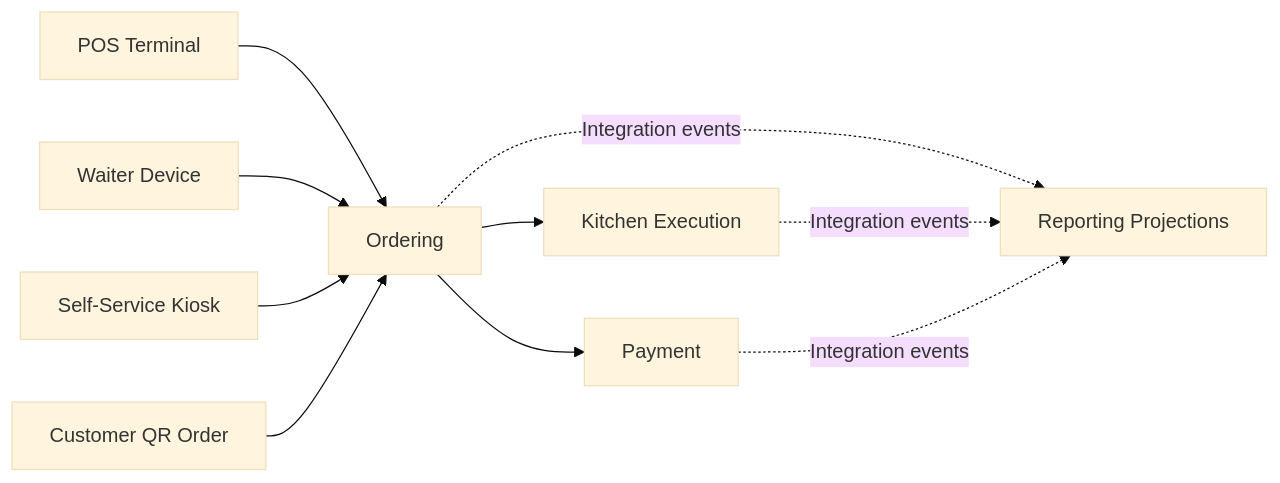
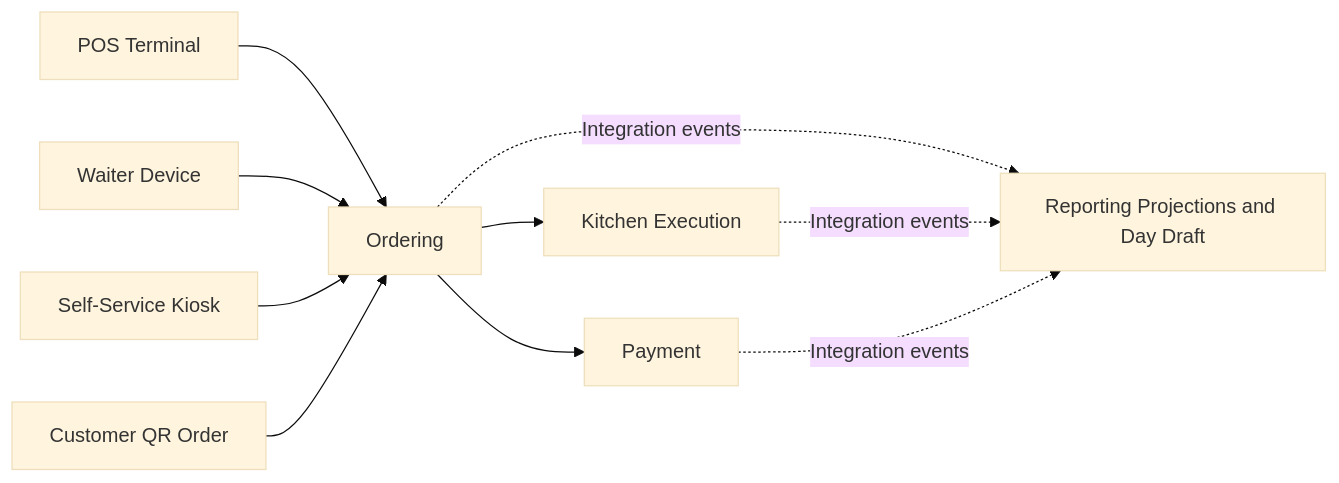
Before and after one commit to nexaconnect12-lab/nexa-connect: the first of 3 diagrams in docs/Architecture/Restaurant-POS-Architecture.md, drawn with Mermaid (base theme). The commit also changed other lines of this file and 71 other files, not shown here.

Commit message:
+Added: Customer Portal → End-of-day draft with branch-local dates, sales/refund/net totals, tenders, cash variance, unresolved work and reconciliation warnings.

````diff
--- a/docs/Architecture/Restaurant-POS-Architecture.md
+++ b/docs/Architecture/Restaurant-POS-Architecture.md
@@ -59,22 +61,22 @@
 ```mermaid
 flowchart LR
     POS[POS Terminal]
     WAITER[Waiter Device]
     KIOSK[Self-Service Kiosk]
     QR[Customer QR Order]
 
     ORDER[Ordering]
     KITCHEN[Kitchen Execution]
     PAYMENT[Payment]
-    REPORTING[Reporting Projections]
+    REPORTING[Reporting Projections and Day Draft]
 
     POS --> ORDER
     WAITER --> ORDER
     KIOSK --> ORDER
     QR --> ORDER
     ORDER --> KITCHEN
     ORDER --> PAYMENT
     ORDER -. Integration events .-> REPORTING
     KITCHEN -. Integration events .-> REPORTING
     PAYMENT -. Integration events .-> REPORTING
 ```
````
